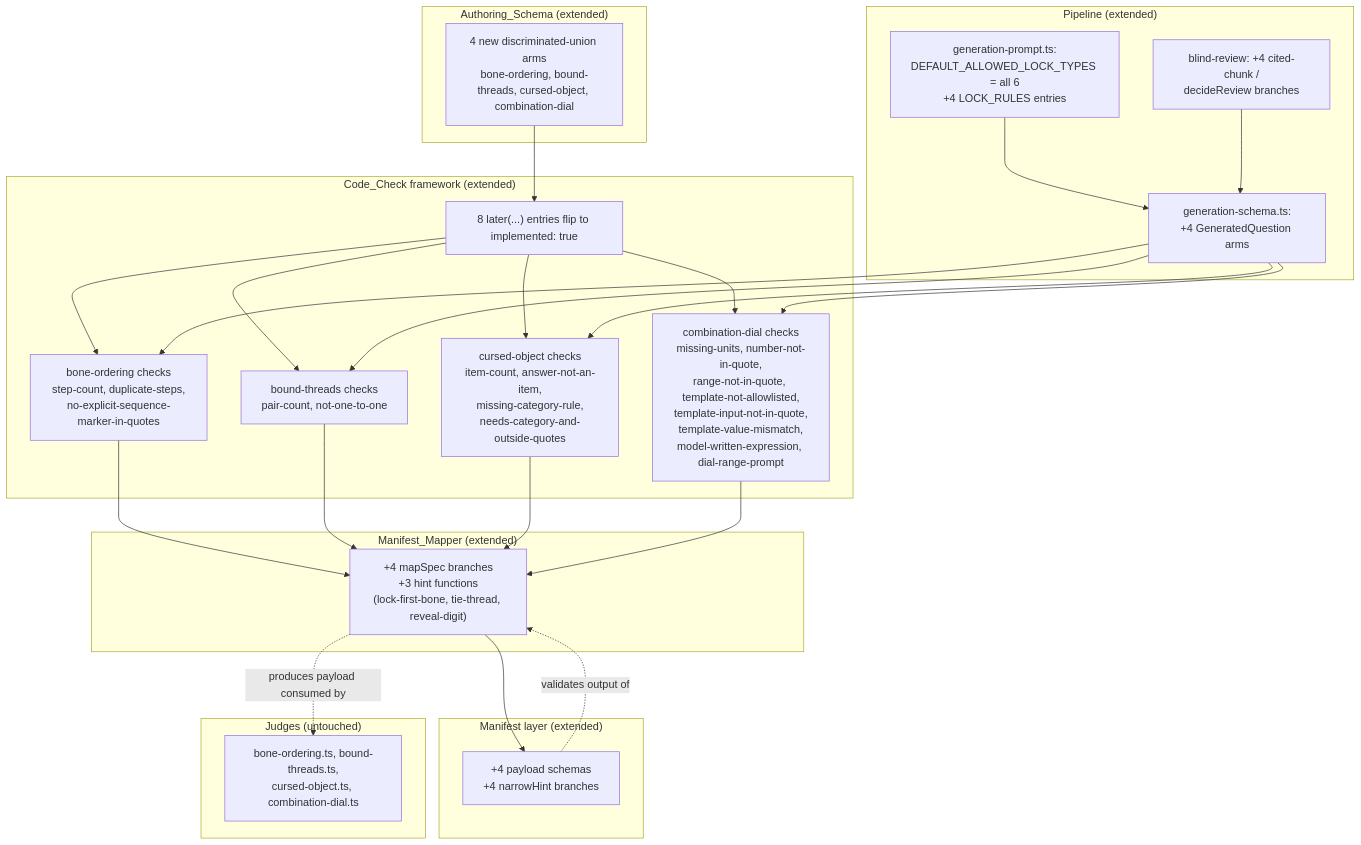
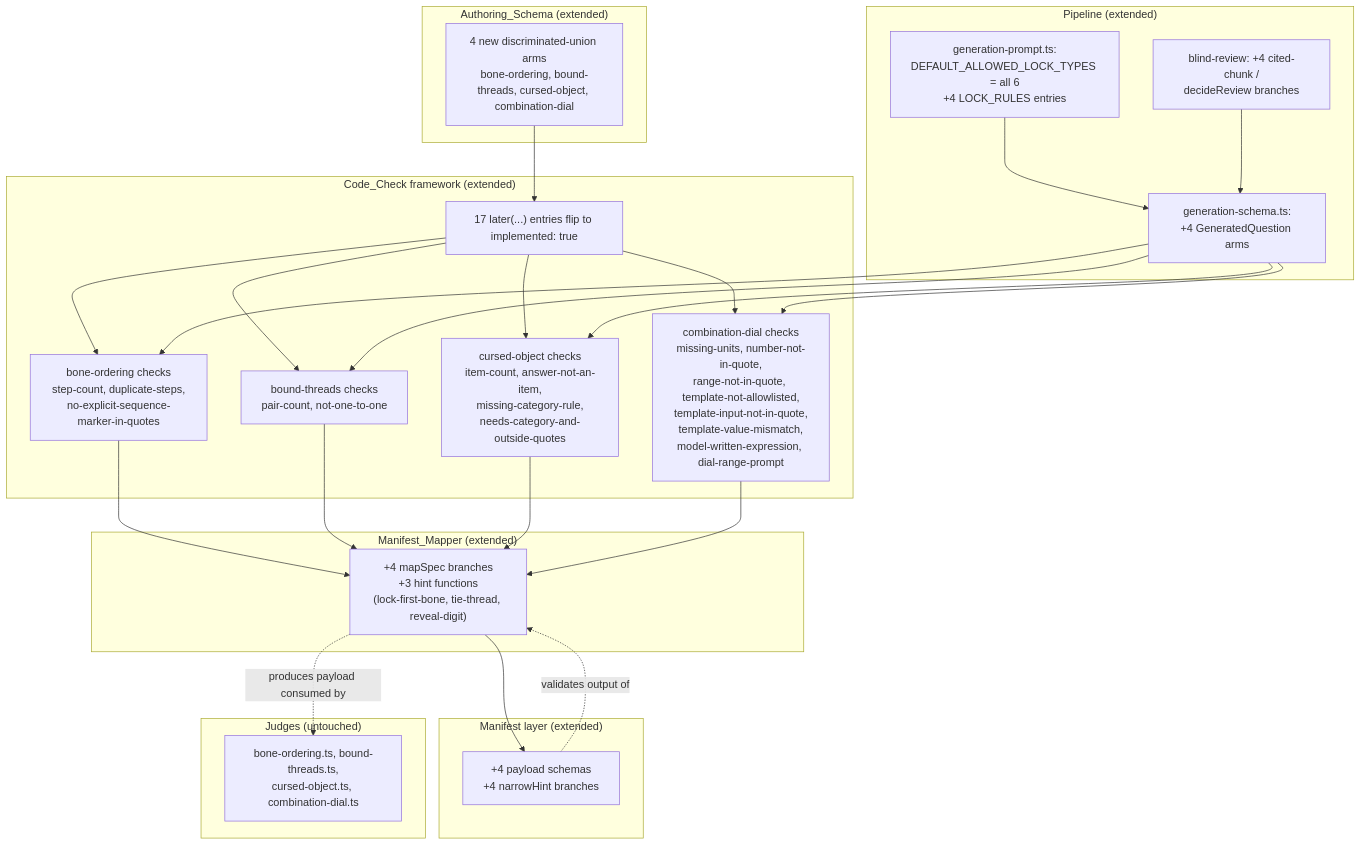
One commit to NotUmesh/escape-the-crypt changed the sixth of 6 diagrams in .kiro/specs/generation-and-evaluation/design.md. Above: the diagram before and after it, drawn with Mermaid. The commit also changed other lines of this file and 43 other files, not shown here.

Commit message:
Phase 5: bone-ordering generation (schema arm, prompt rule, checks, blind review, mapper, hints, cassette e2e)

````diff
--- a/.kiro/specs/generation-and-evaluation/design.md
+++ b/.kiro/specs/generation-and-evaluation/design.md
@@ -1513,46 +1513,46 @@
 ```mermaid
 flowchart TB
   subgraph authoring["Authoring_Schema (extended)"]
     AQ4["4 new discriminated-union arms\nbone-ordering, bound-threads, cursed-object, combination-dial"]
   end
   subgraph checks["Code_Check framework (extended)"]
-    REG5["8 later(...) entries flip to implemented: true"]
+    REG5["17 later(...) entries flip to implemented: true"]
     BONE["bone-ordering checks\nstep-count, duplicate-steps,\nno-explicit-sequence-marker-in-quotes"]
     THREAD["bound-threads checks\npair-count, not-one-to-one"]
     CURSE["cursed-object checks\nitem-count, answer-not-an-item,\nmissing-category-rule,\nneeds-category-and-outside-quotes"]
     DIAL["combination-dial checks\nmissing-units, number-not-in-quote,\nrange-not-in-quote, template-not-allowlisted,\ntemplate-input-not-in-quote,\ntemplate-value-mismatch,\nmodel-written-expression, dial-range-prompt"]
   end
   subgraph pipeline["Pipeline (extended)"]
     GP["generation-prompt.ts:\nDEFAULT_ALLOWED_LOCK_TYPES = all 6\n+4 LOCK_RULES entries"]
     GS["generation-schema.ts:\n+4 GeneratedQuestion arms"]
     BR["blind-review: +4 cited-chunk /\ndecideReview branches"]
   end
   subgraph map["Manifest_Mapper (extended)"]
     MM5["+4 mapSpec branches\n+3 hint functions\n(lock-first-bone, tie-thread, reveal-digit)"]
   end
   subgraph manifest["Manifest layer (extended)"]
     MS5["+4 payload schemas\n+4 narrowHint branches"]
   end
   subgraph judges["Judges (untouched)"]
     J["bone-ordering.ts, bound-threads.ts,\ncursed-object.ts, combination-dial.ts"]
   end
 
   AQ4 --> REG5
   REG5 --> BONE
   REG5 --> THREAD
   REG5 --> CURSE
   REG5 --> DIAL
   GP --> GS
   GS --> BONE
   GS --> THREAD
   GS --> CURSE
   GS --> DIAL
   BONE --> MM5
   THREAD --> MM5
   CURSE --> MM5
   DIAL --> MM5
   MM5 --> MS5
   BR --> GS
   MS5 -.validates output of.-> MM5
   MM5 -. produces payload consumed by .-> J
 ```
````
